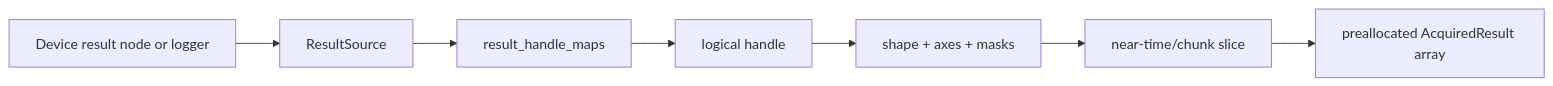
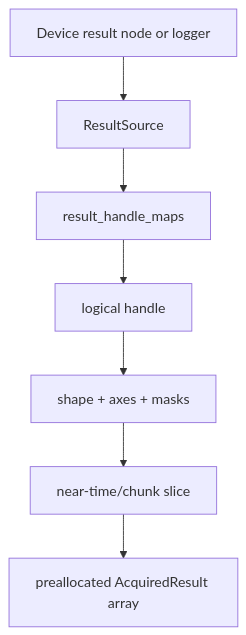
One commit to brianzi/laboneq-devguide changed the third of 3 diagrams in docs/09-runtime-controller.md. Above: the diagram before and after it, drawn with Mermaid. The commit also changed other lines of this file and 9 other files, not shown here.

````diff
--- a/docs/09-runtime-controller.md
+++ b/docs/09-runtime-controller.md
@@ -148,9 +143,9 @@
 ```mermaid
-flowchart LR
+flowchart TD
     Dev[Device result node or logger] --> RS[ResultSource]
     RS --> Map[result_handle_maps]
     Map --> H[logical handle]
     H --> S[shape + axes + masks]
     S --> Slice[near-time/chunk slice]
     Slice --> Buf[preallocated AcquiredResult array]
 ```
````
